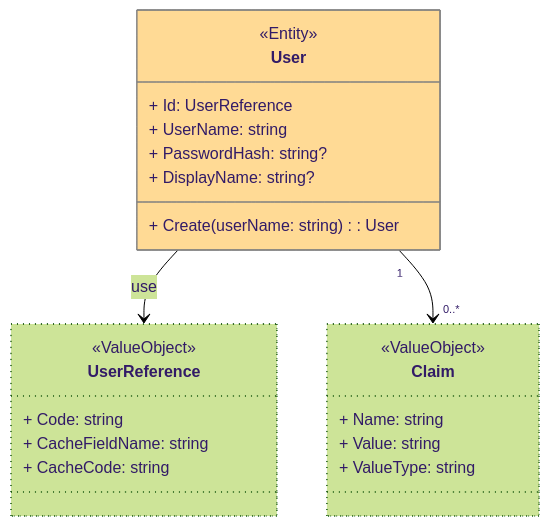
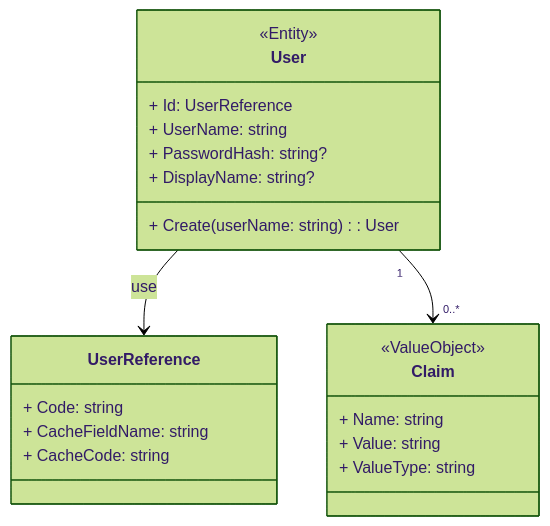
The diagram in UML/Domain.User.md (sdlfly2000/AuthenticationServer), drawn with Mermaid (forest theme) before and after one commit.

Commit message:
remove format

````diff
--- a/UML/Domain.User.md
+++ b/UML/Domain.User.md
@@ -3,42 +3,36 @@
 ```mermaid
 ---
 config:
     class:
         hideEmptyMembersBox: true
 ---
 
 
 classDiagram
 
 User --> UserReference : use
 User "1" --> "0..*" Claim
 
 class User:::Entity {
     <<Entity>>
     + Id: UserReference
     + UserName: string
     + PasswordHash: string?
     + DisplayName: string?
     + Create(userName: string): User
 }
 
 class UserReference:::ValueObject {
-    <<ValueObject>>
     + Code: string
     + CacheFieldName: string
     + CacheCode: string
 }
 
-class Claim:::ValueObject {
+class Claim:::Interface {
     <<ValueObject>>
     + Name: string
     + Value: string
     + ValueType: string
 }
 
-%%{Format}%%
-classDef Entity: stroke-width: 1px, stroke-dasharray: none, stroke: #808080ff, fill: #ffda95ff 
-
-classDef ValueObject: stroke-width: 1px, stroke-dasharray: 1 5
-
 ```
````
